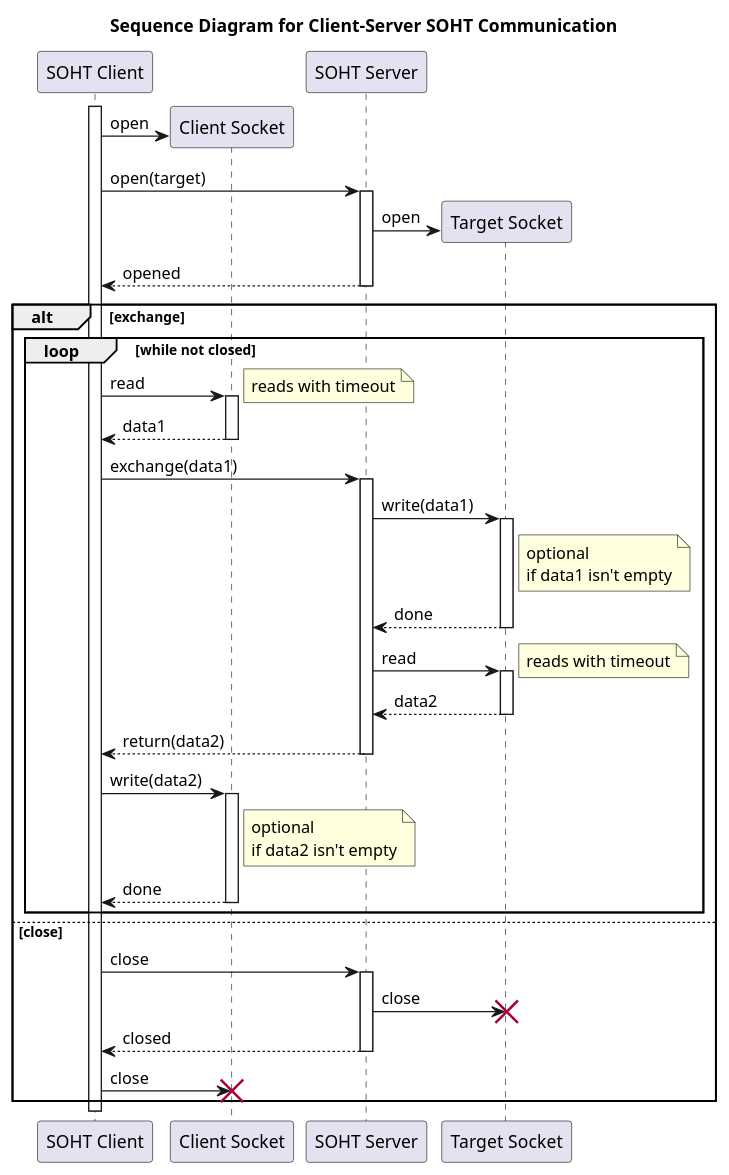
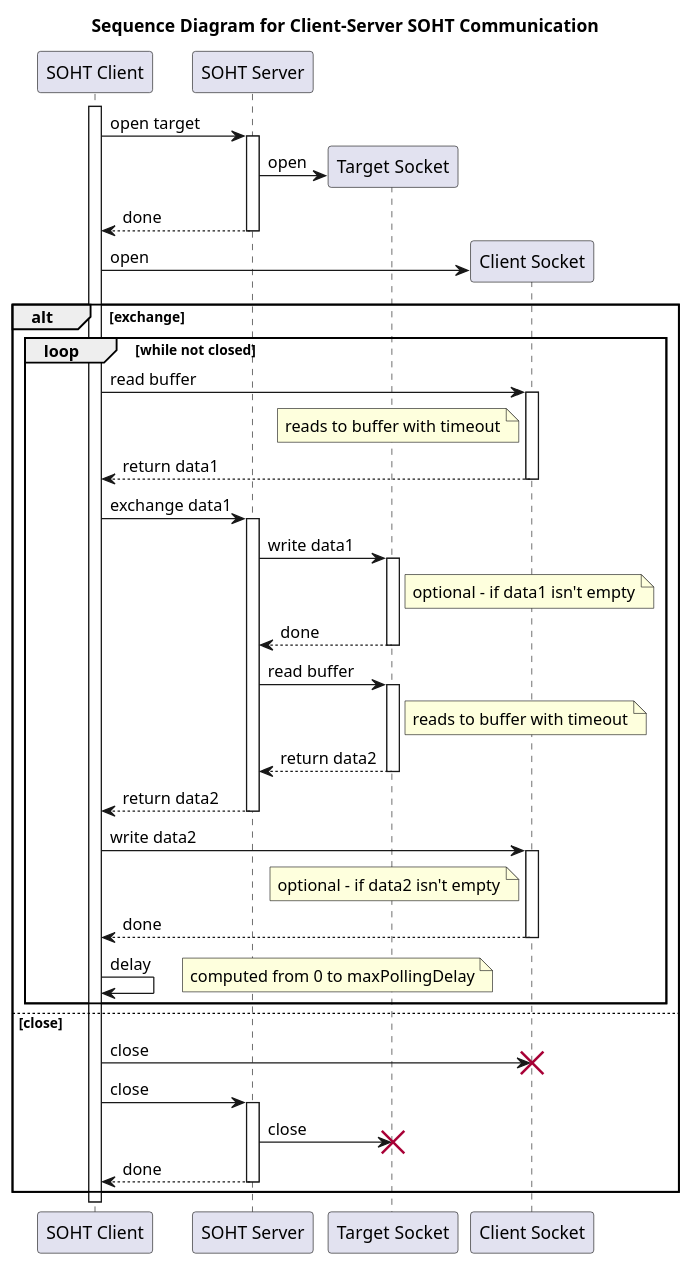
The diagram in doc/sequence.puml (domax/soht2), drawn with PlantUML before and after one commit. The commit also changed 1 other file, not shown here.

Commit message:
feat(doc): refine UML diagrams for clarity; improve component and sequence diagram details

```diff
--- a/doc/sequence.puml
+++ b/doc/sequence.puml
@@ -1,52 +1,53 @@
 @startuml
 'https://plantuml.com/sequence-diagram
 title Sequence Diagram for Client-Server SOHT Communication
 
 'autonumber
 activate "SOHT Client"
 
+"SOHT Client" -> "SOHT Server" ++: open target
+"SOHT Server" -> "Target Socket" **: open
+"SOHT Server" --> "SOHT Client" --: done
+
 "SOHT Client" -> "Client Socket" **: open
-
-"SOHT Client" -> "SOHT Server" ++: open(target)
-"SOHT Server" -> "Target Socket" **: open
-"SOHT Server" --> "SOHT Client" --: opened
 
 alt exchange
 
   loop while not closed
 
-    "SOHT Client" -> "Client Socket" ++: read
-    note right: reads with timeout
-    "SOHT Client" <-- "Client Socket" --: data1
+    "SOHT Client" -> "Client Socket" ++: read buffer
+    note left of "Client Socket": reads to buffer with timeout
+    "SOHT Client" <-- "Client Socket" --: return data1
 
-    "SOHT Client" -> "SOHT Server" ++: exchange(data1)
+    "SOHT Client" -> "SOHT Server" ++: exchange data1
 
-    "SOHT Server" -> "Target Socket" ++: write(data1)
-    note right of "Target Socket": optional\nif data1 isn't empty
+    "SOHT Server" -> "Target Socket" ++: write data1
+    note right of "Target Socket": optional - if data1 isn't empty
     "SOHT Server" <-- "Target Socket" --: done
 
-    "SOHT Server" -> "Target Socket" ++: read
-    note right: reads with timeout
-    "SOHT Server" <-- "Target Socket" --: data2
+    "SOHT Server" -> "Target Socket" ++: read buffer
+    note right of "Target Socket": reads to buffer with timeout
+    "SOHT Server" <-- "Target Socket" --: return data2
 
-    "SOHT Client" <-- "SOHT Server" --: return(data2)
+    "SOHT Client" <-- "SOHT Server" --: return data2
 
-    "SOHT Client" -> "Client Socket" ++: write(data2)
-    note right of "Client Socket": optional\nif data2 isn't empty
+    "SOHT Client" -> "Client Socket" ++: write data2
+    note left of "Client Socket": optional - if data2 isn't empty
     "SOHT Client" <-- "Client Socket" --: done
+
+    "SOHT Client" -> "SOHT Client": delay
+    note right: computed from 0 to maxPollingDelay
 
   end loop
 
 else close
 
+  "SOHT Client" -> "Client Socket" !!: close
+
   "SOHT Client" -> "SOHT Server" ++: close
-  "SOHT Server" -> "Target Socket": close
-  destroy "Target Socket"
-  "SOHT Client" <-- "SOHT Server" --: closed
-
-  "SOHT Client" -> "Client Socket": close
-  destroy "Client Socket"
+  "SOHT Server" -> "Target Socket" !!: close
+  "SOHT Client" <-- "SOHT Server" --: done
 
 end alt
 
 @enduml
```
